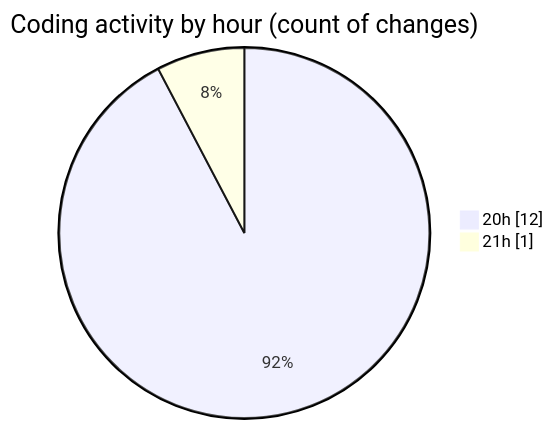
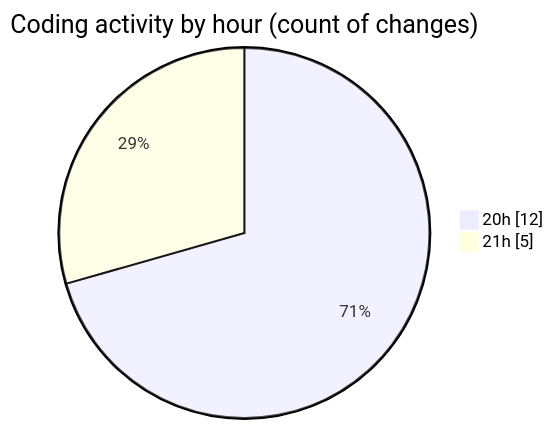
The second of 2 diagrams in 2025-04-24/echo/README.md (Netris89/code-tracking), drawn with Mermaid before and after one commit. The commit also changed other lines of this file and 1 other file, not shown here.

````diff
--- a/2025-04-24/echo/README.md
+++ b/2025-04-24/echo/README.md
@@ -28,6 +28,6 @@
 ```mermaid
 pie showData
 title Coding activity by hour (count of changes)
 "20h" : 12
-"21h" : 1
+"21h" : 5
 ```
````
